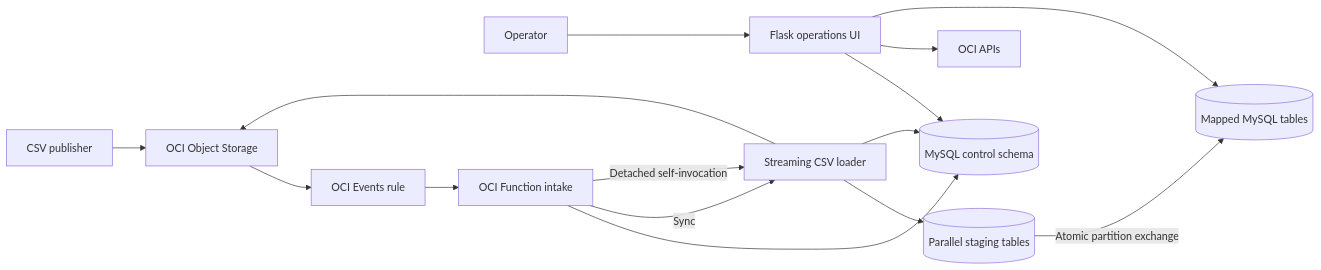
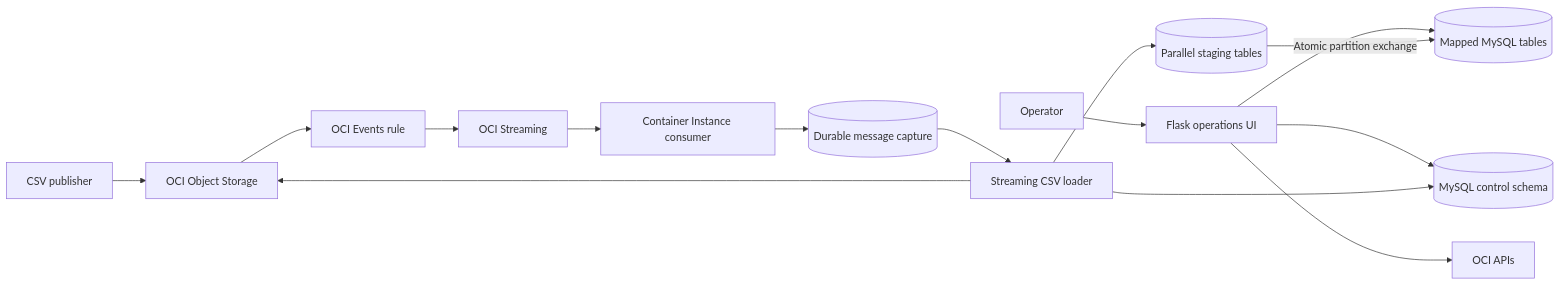
One commit to ivanxma/oci-fn-object-event-2-hw-table changed the diagram in README.md. Above: the diagram before and after it, drawn with Mermaid. The commit also changed other lines of this file and 62 other files, not shown here.

Commit message:
Add OCI Streaming container consumer workflow

````diff
--- a/README.md
+++ b/README.md
@@ -19,17 +19,17 @@
 ```mermaid
 flowchart LR
     Operator[Operator] --> UI[Flask operations UI]
     UI --> Control[(MySQL control schema)]
     UI --> OCIAPI[OCI APIs]
     UI --> Target[(Mapped MySQL tables)]
     Publisher[CSV publisher] --> Bucket[OCI Object Storage]
     Bucket --> Events[OCI Events rule]
-    Events --> Intake[OCI Function intake]
-    Intake --> Control
-    Intake -->|Sync| Loader[Streaming CSV loader]
-    Intake -->|Detached self-invocation| Loader
+    Events --> Stream[OCI Streaming]
+    Stream --> Consumer[Container Instance consumer]
+    Consumer --> Capture[(Durable message capture)]
+    Capture --> Loader[Streaming CSV loader]
     Loader --> Bucket
     Loader --> Stage[(Parallel staging tables)]
     Stage -->|Atomic partition exchange| Target
     Loader --> Control
 ```
````
